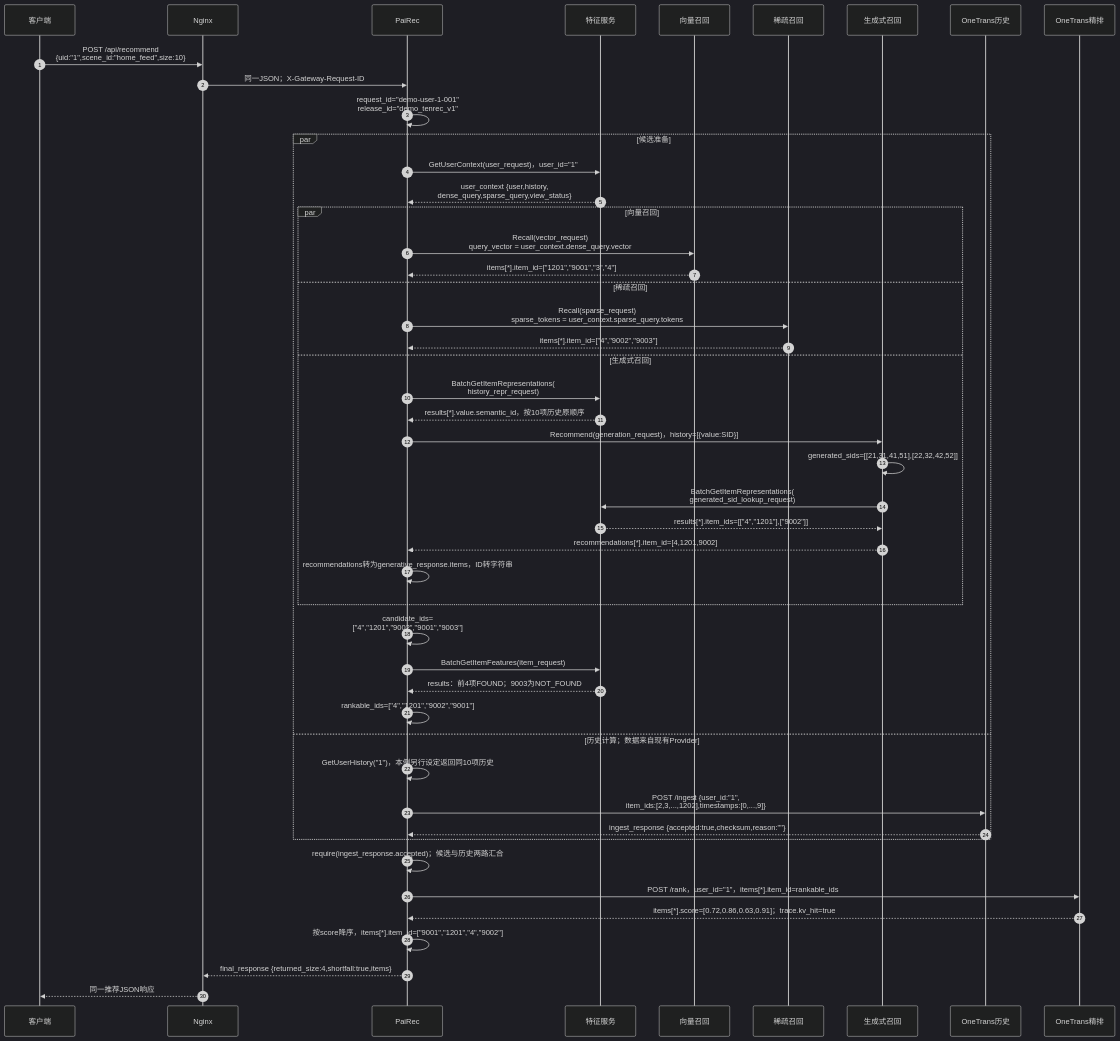
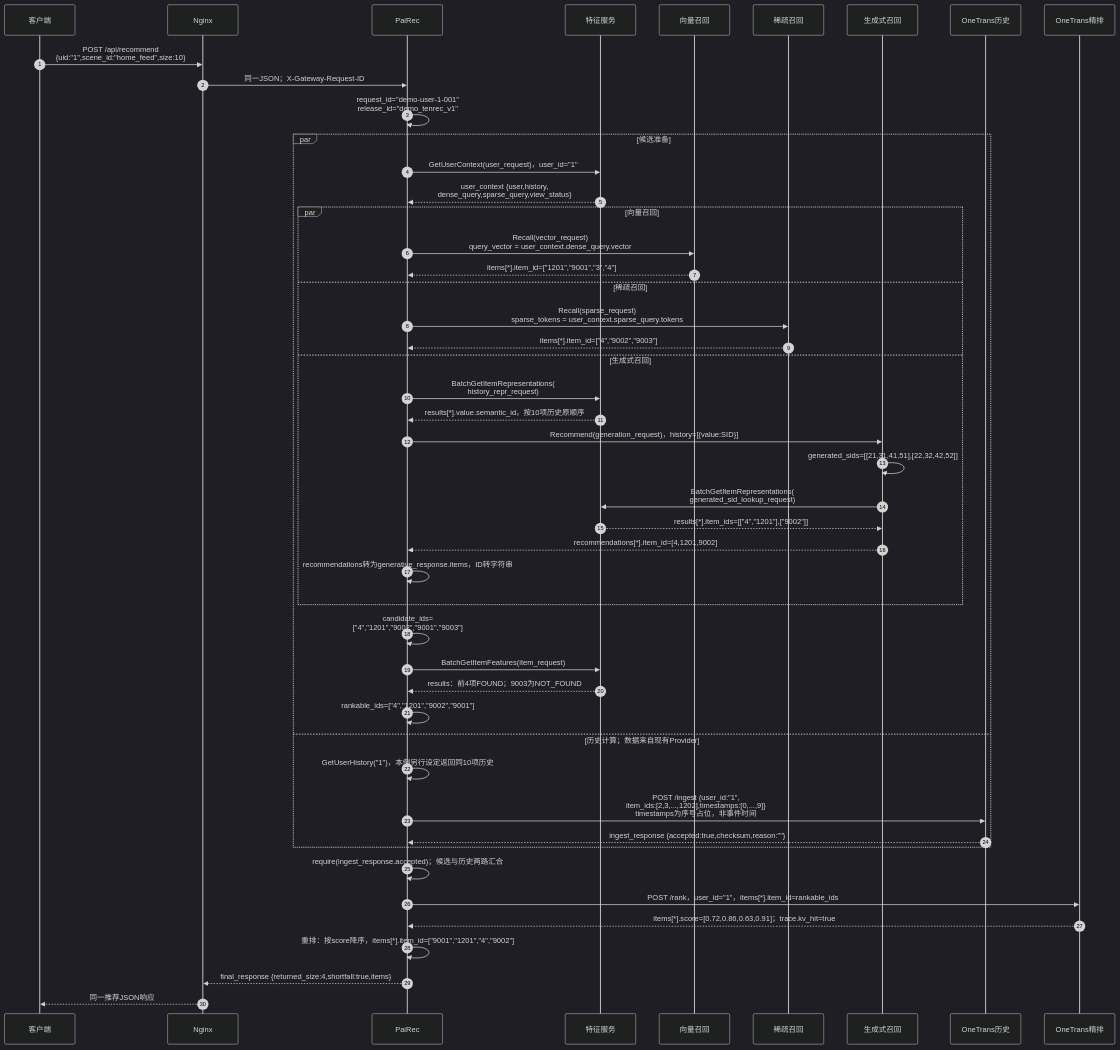
The first of 4 diagrams in 08_request_walkthrough.md (bitianyuan123/docs), drawn with Mermaid (dark theme) before and after one commit. The commit also changed other lines of this file and 84 other files, not shown here.

````diff
--- a/08_request_walkthrough.md
+++ b/08_request_walkthrough.md
@@ -62,50 +66,50 @@
 ```mermaid
 sequenceDiagram
     autonumber
     participant U as 客户端
     participant N as Nginx
     participant P as PaiRec
     participant F as 特征服务
     participant V as 向量召回
     participant S as 稀疏召回
     participant G as 生成式召回
     participant H as OneTrans历史
     participant R as OneTrans精排
     U->>N: POST /api/recommend<br/>{uid:"1",scene_id:"home_feed",size:10}
     N->>P: 同一JSON；X-Gateway-Request-ID
     P->>P: request_id="demo-user-1-001"<br/>release_id="demo_tenrec_v1"
     par 候选准备
         P->>F: GetUserContext(user_request)，user_id="1"
         F-->>P: user_context {user,history,<br/>dense_query,sparse_query,view_status}
         par 向量召回
             P->>V: Recall(vector_request)<br/>query_vector = user_context.dense_query.vector
             V-->>P: items[*].item_id=["1201","9001","3","4"]
         and 稀疏召回
             P->>S: Recall(sparse_request)<br/>sparse_tokens = user_context.sparse_query.tokens
             S-->>P: items[*].item_id=["4","9002","9003"]
         and 生成式召回
             P->>F: BatchGetItemRepresentations(<br/>history_repr_request)
             F-->>P: results[*].value.semantic_id，按10项历史原顺序
             P->>G: Recommend(generation_request)，history=[{value:SID}]
             G->>G: generated_sids=[[21,31,41,51],[22,32,42,52]]
             G->>F: BatchGetItemRepresentations(<br/>generated_sid_lookup_request)
             F-->>G: results[*].item_ids=[["4","1201"],["9002"]]
             G-->>P: recommendations[*].item_id=[4,1201,9002]
             P->>P: recommendations转为generative_response.items，ID转字符串
         end
         P->>P: candidate_ids=<br/>["4","1201","9002","9001","9003"]
         P->>F: BatchGetItemFeatures(item_request)
         F-->>P: results：前4项FOUND；9003为NOT_FOUND
         P->>P: rankable_ids=["4","1201","9002","9001"]
     and 历史计算；数据来自现有Provider
         P->>P: GetUserHistory("1")，本例另行设定返回同10项历史
-        P->>H: POST /ingest {user_id:"1",<br/>item_ids:[2,3,...,1202],timestamps:[0,...,9]}
+        P->>H: POST /ingest {user_id:"1",<br/>item_ids:[2,3,...,1202],timestamps:[0,...,9]}<br/>timestamps为序号占位，非事件时间
         H-->>P: ingest_response {accepted:true,checksum,reason:""}
     end
     P->>P: require(ingest_response.accepted)；候选与历史两路汇合
     P->>R: POST /rank，user_id="1"，items[*].item_id=rankable_ids
     R-->>P: items[*].score=[0.72,0.86,0.63,0.91]；trace.kv_hit=true
-    P->>P: 按score降序，items[*].item_id=["9001","1201","4","9002"]
+    P->>P: 重排：按score降序，items[*].item_id=["9001","1201","4","9002"]
     P-->>N: final_response {returned_size:4,shortfall:true,items}
     N-->>U: 同一推荐JSON响应
 ```
````
